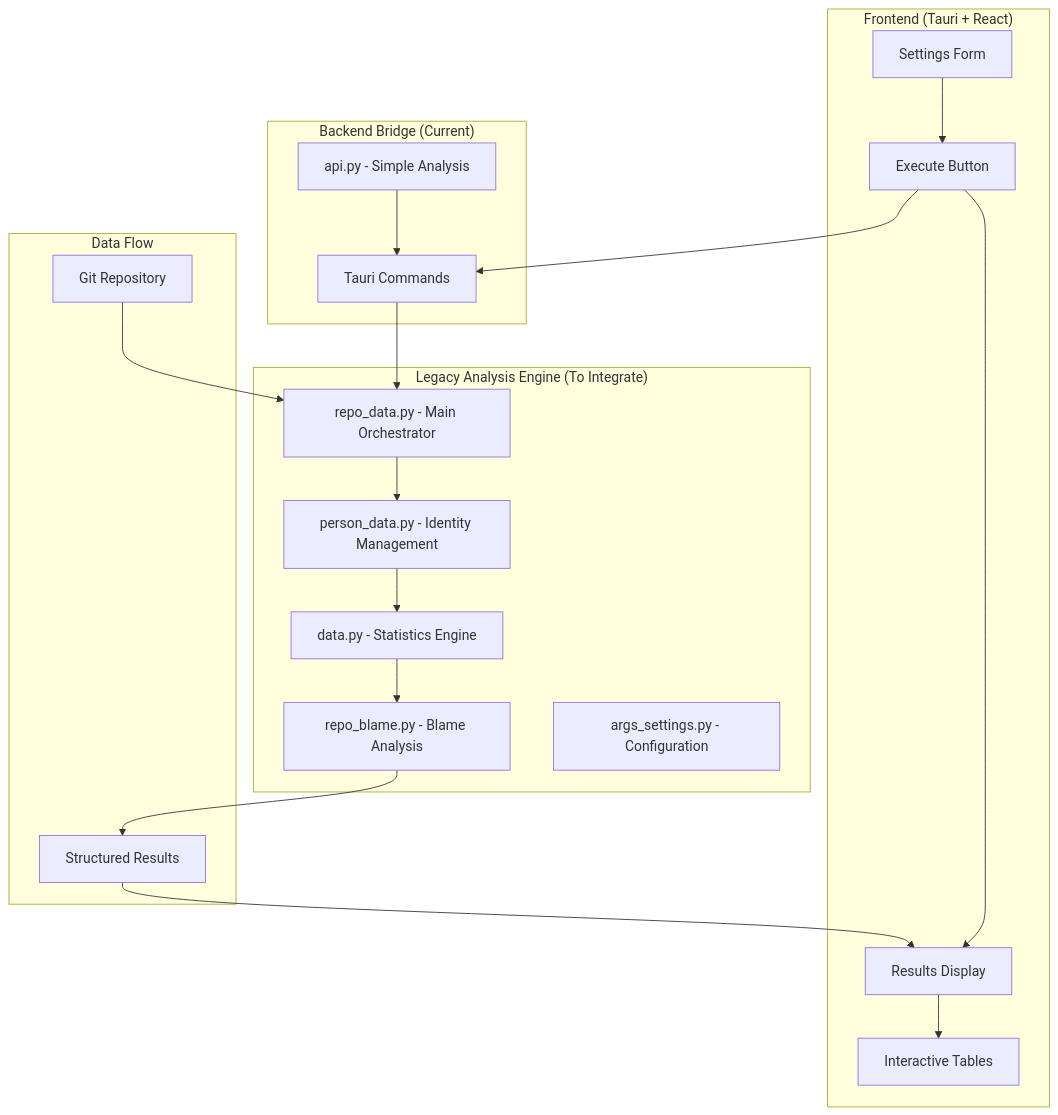
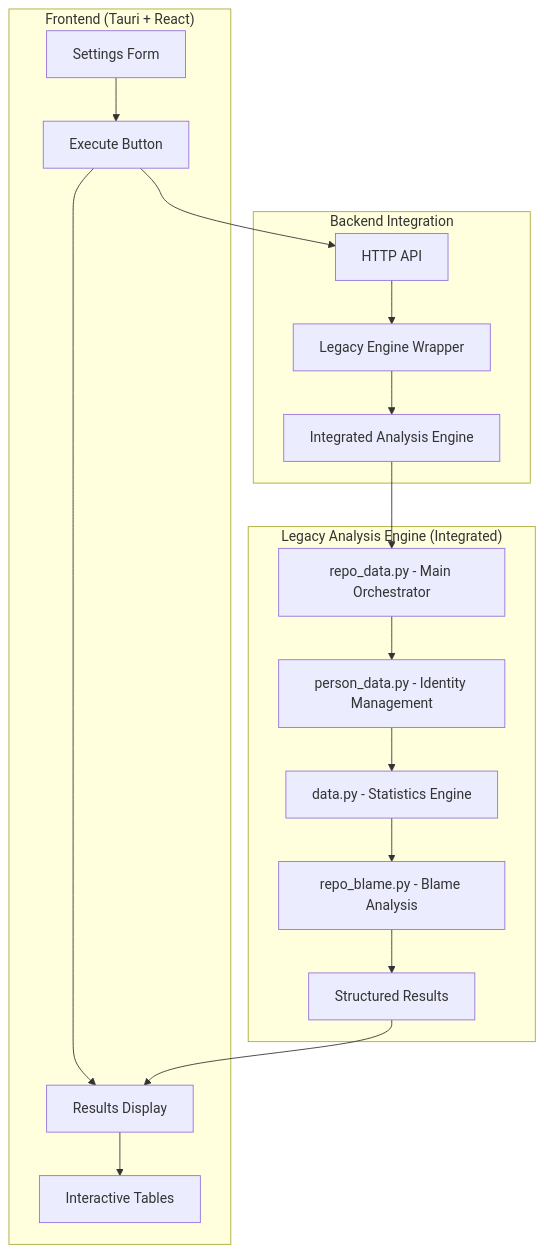
Before and after one commit to boost-edu-tools/gitinspectorgui: the first of 2 diagrams in docs/architecture/legacy-integration.md, drawn with Mermaid. The commit also changed other lines of this file and 9 other files, not shown here.

````diff
--- a/docs/architecture/legacy-integration.md
+++ b/docs/architecture/legacy-integration.md
@@ -30,32 +32,24 @@
 ```mermaid
 graph TB
     subgraph "Frontend (Tauri + React)"
         A[Settings Form] --> B[Execute Button]
         B --> C[Results Display]
         C --> D[Interactive Tables]
     end
     
-    subgraph "Backend Bridge (Current)"
-        E[api.py - Simple Analysis] --> F[Tauri Commands]
+    subgraph "Backend Integration"
+        E[HTTP API] --> F[Legacy Engine Wrapper]
+        F --> G[Integrated Analysis Engine]
     end
     
-    subgraph "Legacy Analysis Engine (To Integrate)"
-        G[repo_data.py - Main Orchestrator]
-        H[person_data.py - Identity Management]
-        I[data.py - Statistics Engine]
-        J[repo_blame.py - Blame Analysis]
-        K[args_settings.py - Configuration]
+    subgraph "Legacy Analysis Engine (Integrated)"
+        G --> H[repo_data.py - Main Orchestrator]
+        H --> I[person_data.py - Identity Management]
+        I --> J[data.py - Statistics Engine]
+        J --> K[repo_blame.py - Blame Analysis]
+        K --> L[Structured Results]
     end
     
-    subgraph "Data Flow"
-        L[Git Repository] --> G
-        G --> H
-        H --> I
-        I --> J
-        J --> M[Structured Results]
-    end
-    
-    B --> F
-    F --> G
-    M --> C
+    B --> E
+    L --> C
 ```
````
